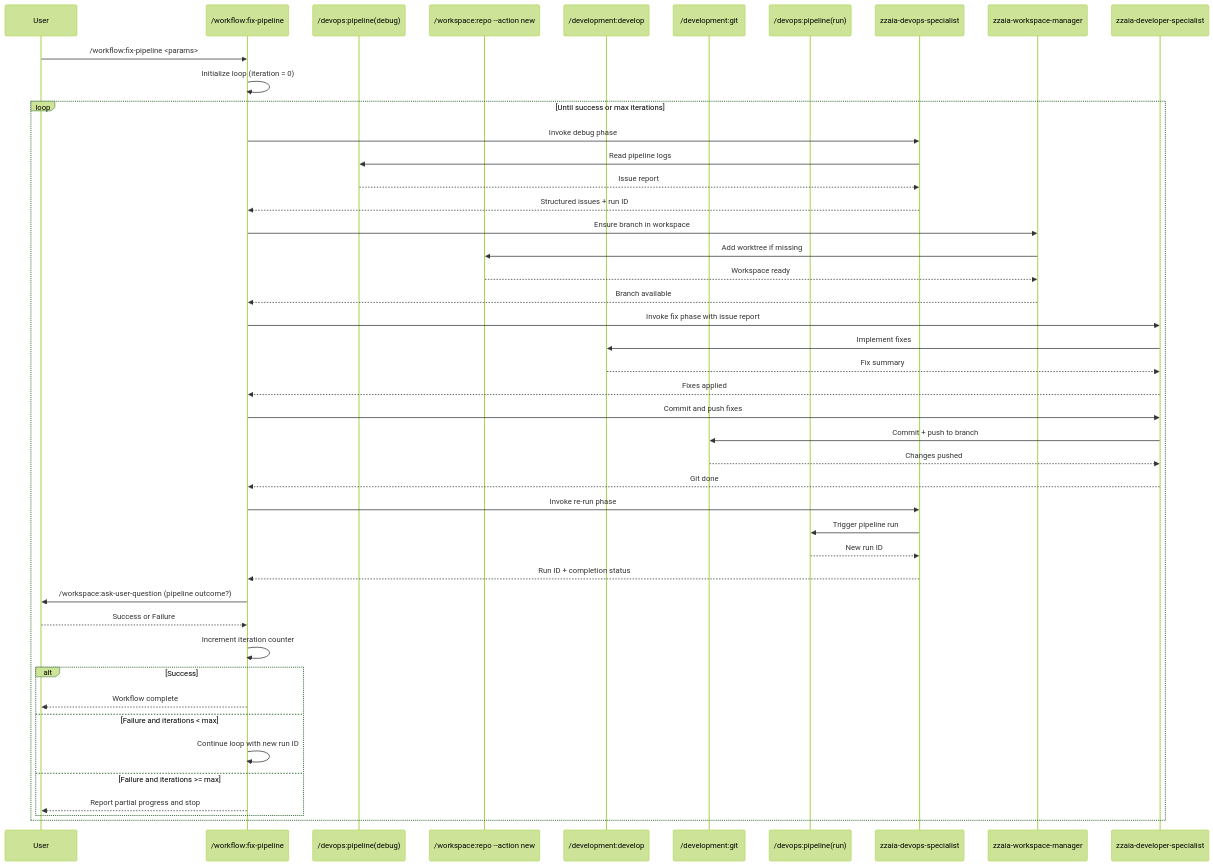
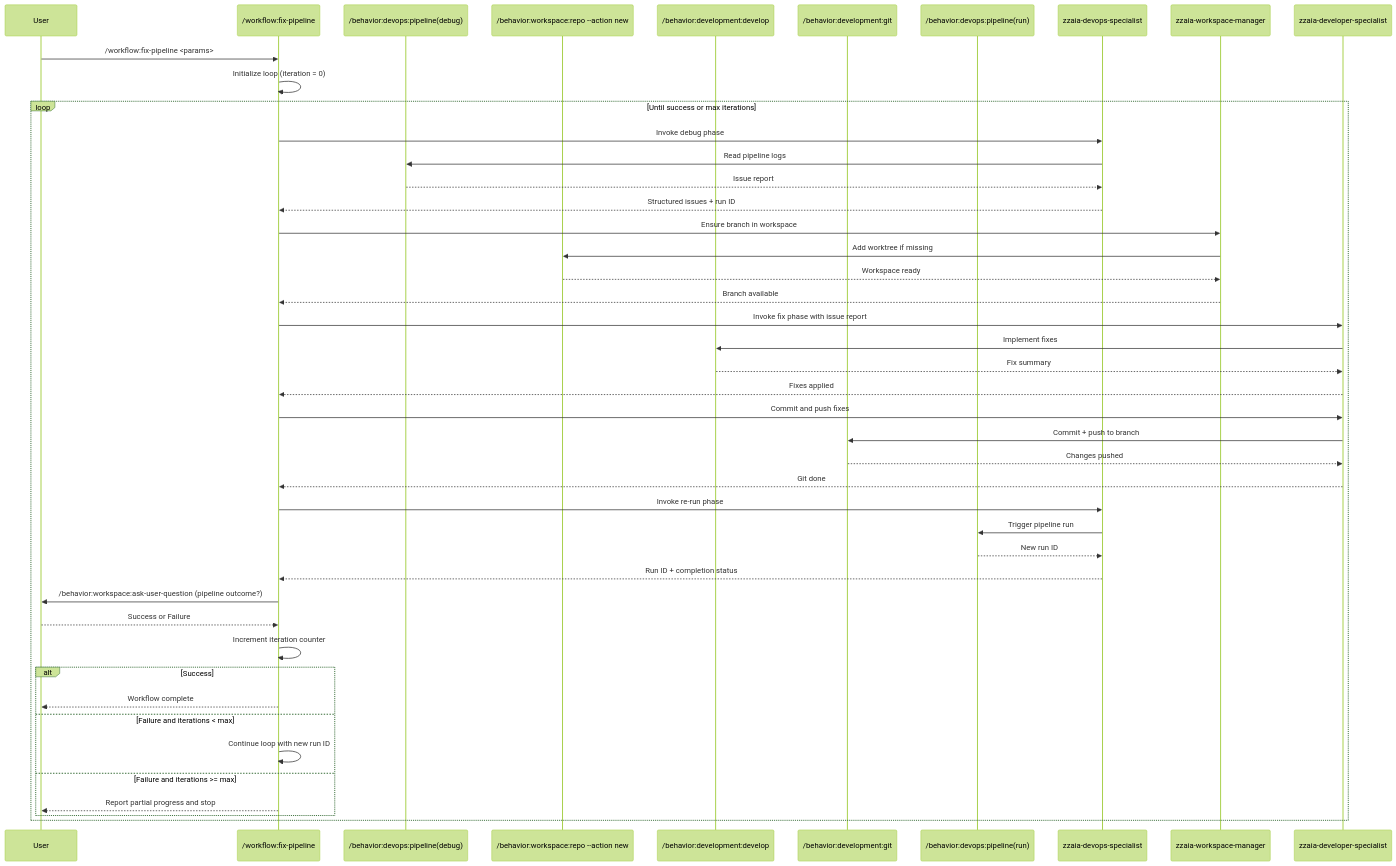
One commit to zzaia/zzaia-agentic-workspace changed the diagram in .claude/commands/workflow/fix-pipeline.md. Above: the diagram before and after it, drawn with Mermaid (forest theme). The commit also changed other lines of this file and 86 other files, not shown here.

````diff
--- a/.claude/commands/workflow/fix-pipeline.md
+++ b/.claude/commands/workflow/fix-pipeline.md
@@ -97,55 +97,55 @@
 ```mermaid
 sequenceDiagram
     participant U as User
     participant W as /workflow:fix-pipeline
-    participant DBG as /devops:pipeline(debug)
-    participant WN as /workspace:repo --action new
-    participant FIX as /development:develop
-    participant GIT as /development:git
-    participant RUN as /devops:pipeline(run)
+    participant DBG as /behavior:devops:pipeline(debug)
+    participant WN as /behavior:workspace:repo --action new
+    participant FIX as /behavior:development:develop
+    participant GIT as /behavior:development:git
+    participant RUN as /behavior:devops:pipeline(run)
     participant A1 as zzaia-devops-specialist
     participant A2 as zzaia-workspace-manager
     participant A3 as zzaia-developer-specialist
 
     U->>W: /workflow:fix-pipeline <params>
     W->>W: Initialize loop (iteration = 0)
 
     loop Until success or max iterations
         W->>A1: Invoke debug phase
         A1->>DBG: Read pipeline logs
         DBG-->>A1: Issue report
         A1-->>W: Structured issues + run ID
 
         W->>A2: Ensure branch in workspace
         A2->>WN: Add worktree if missing
         WN-->>A2: Workspace ready
         A2-->>W: Branch available
 
         W->>A3: Invoke fix phase with issue report
         A3->>FIX: Implement fixes
         FIX-->>A3: Fix summary
         A3-->>W: Fixes applied
 
         W->>A3: Commit and push fixes
         A3->>GIT: Commit + push to branch
         GIT-->>A3: Changes pushed
         A3-->>W: Git done
 
         W->>A1: Invoke re-run phase
         A1->>RUN: Trigger pipeline run
         RUN-->>A1: New run ID
         A1-->>W: Run ID + completion status
 
-        W->>U: /workspace:ask-user-question (pipeline outcome?)
+        W->>U: /behavior:workspace:ask-user-question (pipeline outcome?)
         U-->>W: Success or Failure
         W->>W: Increment iteration counter
 
         alt Success
             W-->>U: Workflow complete
         else Failure and iterations < max
             W->>W: Continue loop with new run ID
         else Failure and iterations >= max
             W-->>U: Report partial progress and stop
         end
     end
 ```
````
